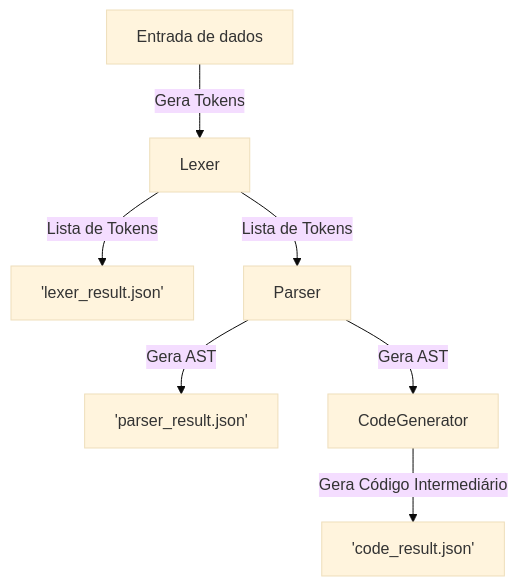
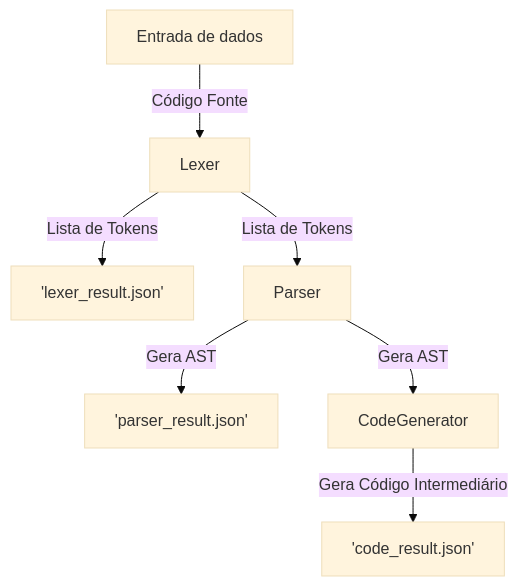
The diagram in README.md (feliperafaldini/compiladores-4-semestre), drawn with Mermaid (base theme) before and after one commit.

````diff
--- a/README.md
+++ b/README.md
@@ -168,11 +168,11 @@
 ```mermaid
   flowchart TD
-  data["Entrada de dados"] -->|Gera Tokens| Lexer[Lexer]
+  data["Entrada de dados"] -->|Código Fonte| Lexer[Lexer]
   Lexer -->|Lista de Tokens| LexerJSON['lexer_result.json'] 
   Lexer -->|Lista de Tokens| Parser[Parser]
   Parser -->|Gera AST| ParserJSON['parser_result.json']
   Parser -->|Gera AST| CodeGenerator[CodeGenerator]
   CodeGenerator -->|Gera Código Intermediário| CodeTXT['code_result.json']
 
   class Lexer,LexerJSON,Parser,ParserJSON,CodeGenerator,CodeTXT,data internal
 ```
````
